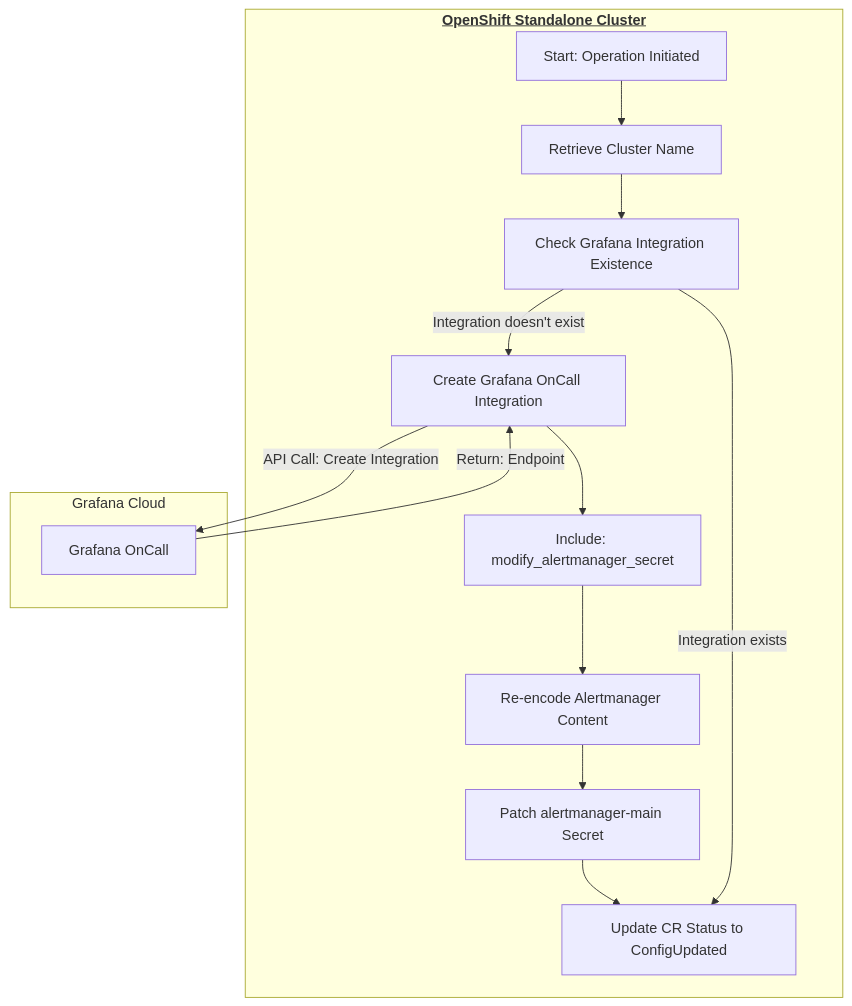
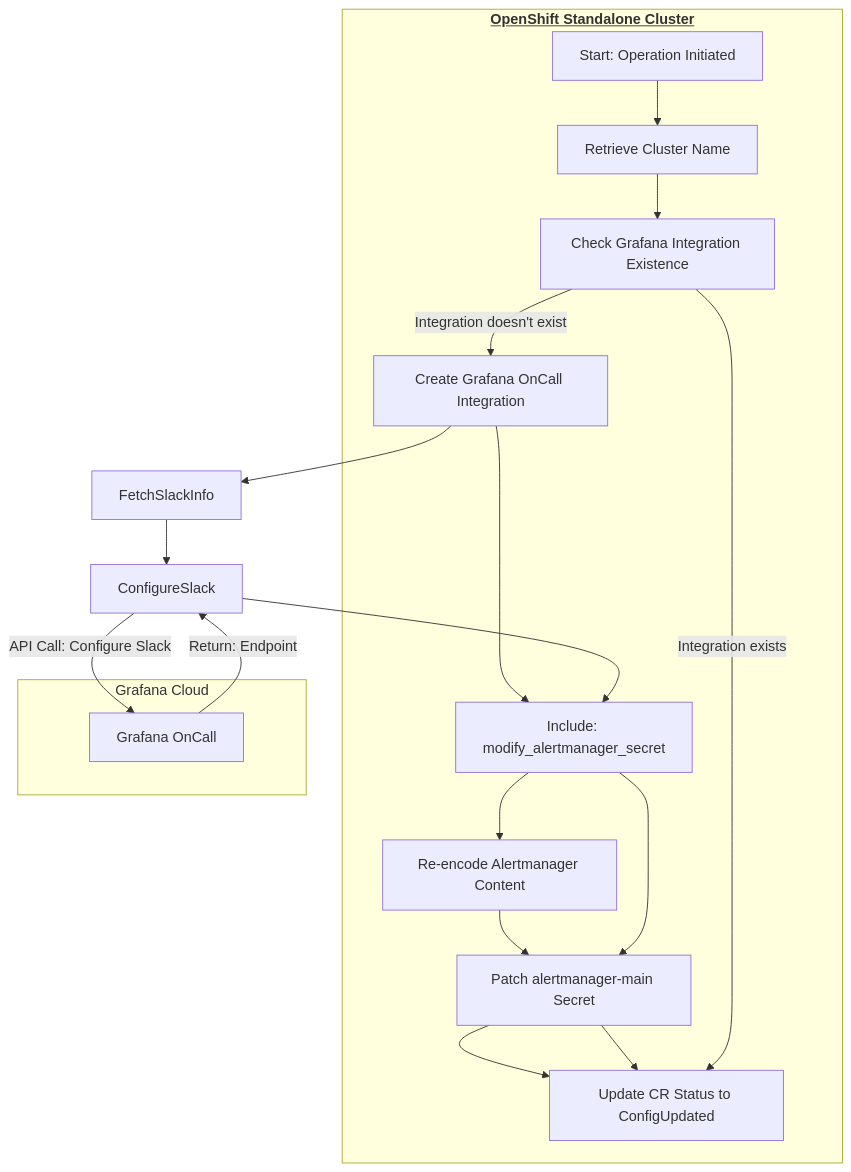
The second of 2 diagrams in README.md (stakater/grafana-cloud-ansible-operator), drawn with Mermaid before and after one commit. The commit also changed other lines of this file, not shown here.

First line of the commit message:
update readme to include slack integration (#51)

````diff
--- a/README.md
+++ b/README.md
@@ -94,29 +101,34 @@
     ```mermaid
     graph TD
 
         subgraph "<u><b>OpenShift Standalone Cluster</b></u>"
             Init[Start: Operation Initiated]
             GetClusterName[Retrieve Cluster Name]
             CheckIntegration[Check Grafana Integration Existence]
             CreateIntegration[Create Grafana OnCall Integration]
             ModSecret[Include: modify_alertmanager_secret]
             Reencode[Re-encode Alertmanager Content]
             PatchSecret[Patch alertmanager-main Secret]
             UpdateCR[Update CR Status to ConfigUpdated]
             Init --> GetClusterName
             GetClusterName --> CheckIntegration
             CheckIntegration -- Integration doesn't exist --> CreateIntegration
             CreateIntegration --> ModSecret
             ModSecret --> Reencode
             Reencode --> PatchSecret
             PatchSecret --> UpdateCR
         end
 
         subgraph "Grafana Cloud"
             GO[Grafana OnCall]
         end
 
+        CreateIntegration --> FetchSlackInfo
+        FetchSlackInfo --> ConfigureSlack
+        ConfigureSlack -->|API Call: Configure Slack| GO
+        GO -->|Return: Endpoint| ConfigureSlack
+        ConfigureSlack --> ModSecret
+        ModSecret --> PatchSecret
+        PatchSecret --> UpdateCR
         CheckIntegration -- Integration exists --> UpdateCR
-        CreateIntegration -->|API Call: Create Integration| GO
-        GO -->|Return: Endpoint| CreateIntegration
     ```
````
